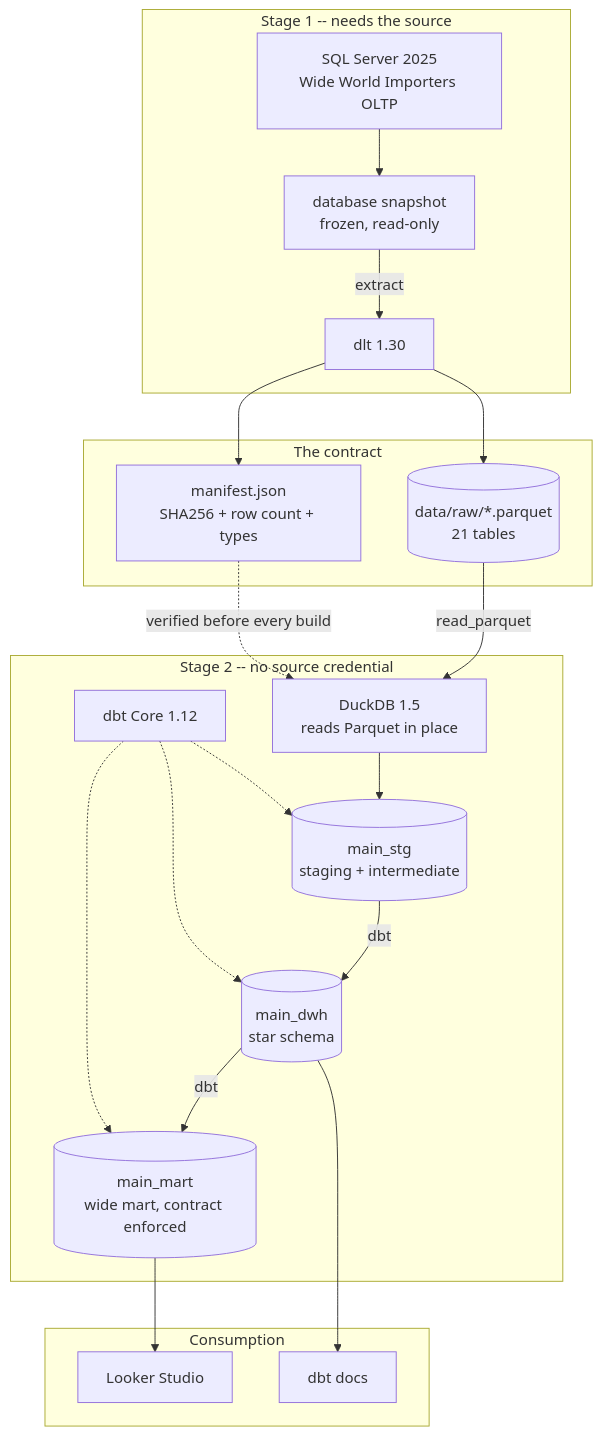
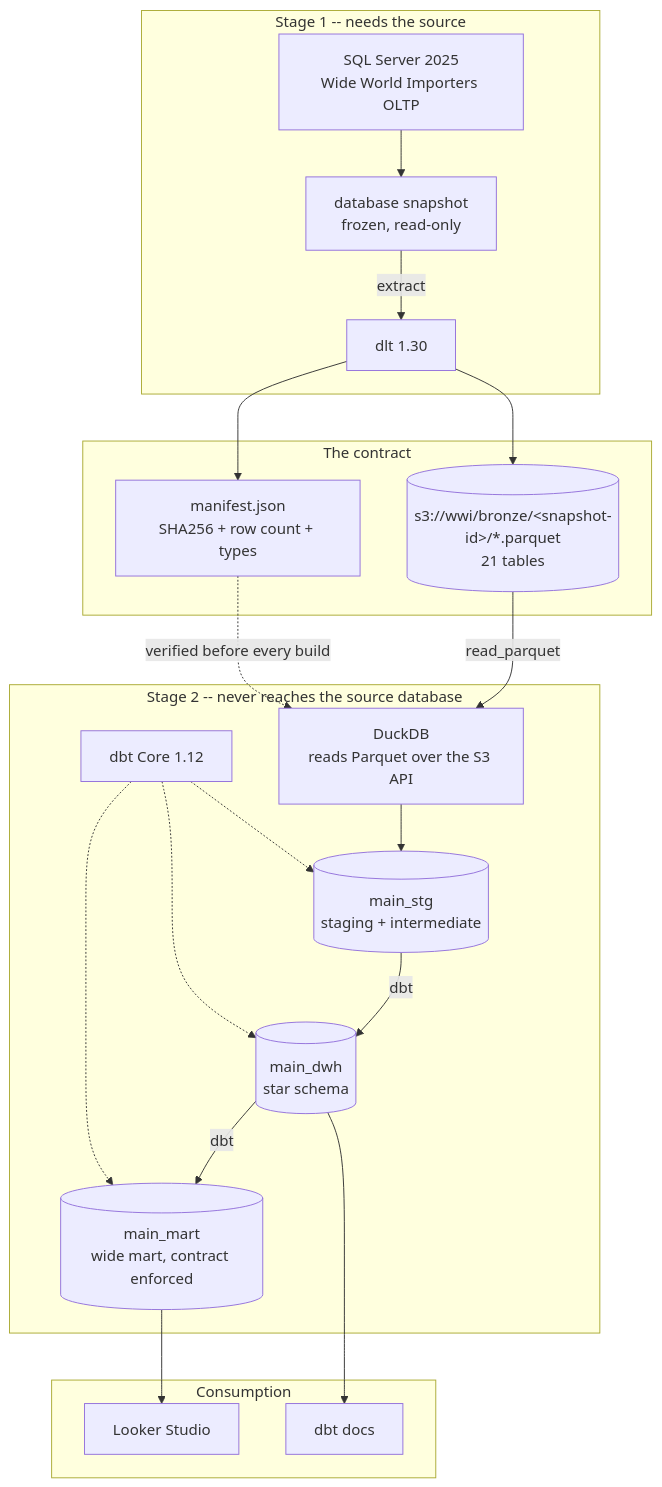
One commit to plat102/pj-dw-wide-world-importers changed the diagram in docs/technical_design.md. Above: the diagram before and after it, drawn with Mermaid. The commit also changed other lines of this file and 4 other files, not shown here.

````diff
--- a/docs/technical_design.md
+++ b/docs/technical_design.md
@@ -9,41 +9,41 @@
 ```mermaid
 graph TB
     subgraph Stage1["Stage 1 -- needs the source"]
         OLTP[SQL Server 2025<br/>Wide World Importers OLTP]
         SNAP[database snapshot<br/>frozen, read-only]
         DLT[dlt 1.30]
     end
 
     subgraph Boundary["The contract"]
-        PARQUET[(data/raw/*.parquet<br/>21 tables)]
+        PARQUET[(s3://wwi/bronze/&lt;snapshot-id&gt;/*.parquet<br/>21 tables)]
         MANIFEST[manifest.json<br/>SHA256 + row count + types]
     end
 
-    subgraph Stage2["Stage 2 -- no source credential"]
-        DUCK[DuckDB 1.5<br/>reads Parquet in place]
+    subgraph Stage2["Stage 2 -- never reaches the source database"]
+        DUCK[DuckDB<br/>reads Parquet over the S3 API]
         STG[(main_stg<br/>staging + intermediate)]
         DWH[(main_dwh<br/>star schema)]
         MART[(main_mart<br/>wide mart, contract enforced)]
         DBT[dbt Core 1.12]
     end
 
     subgraph Consume["Consumption"]
         BI[Looker Studio]
         DOCS[dbt docs]
     end
 
     OLTP --> SNAP
     SNAP -->|extract| DLT
     DLT --> PARQUET
     DLT --> MANIFEST
     PARQUET -->|read_parquet| DUCK
     MANIFEST -.->|verified before every build| DUCK
     DUCK --> STG
     STG -->|dbt| DWH
     DWH -->|dbt| MART
     DBT -.-> STG
     DBT -.-> DWH
     DBT -.-> MART
     MART --> BI
     DWH --> DOCS
 ```
````
